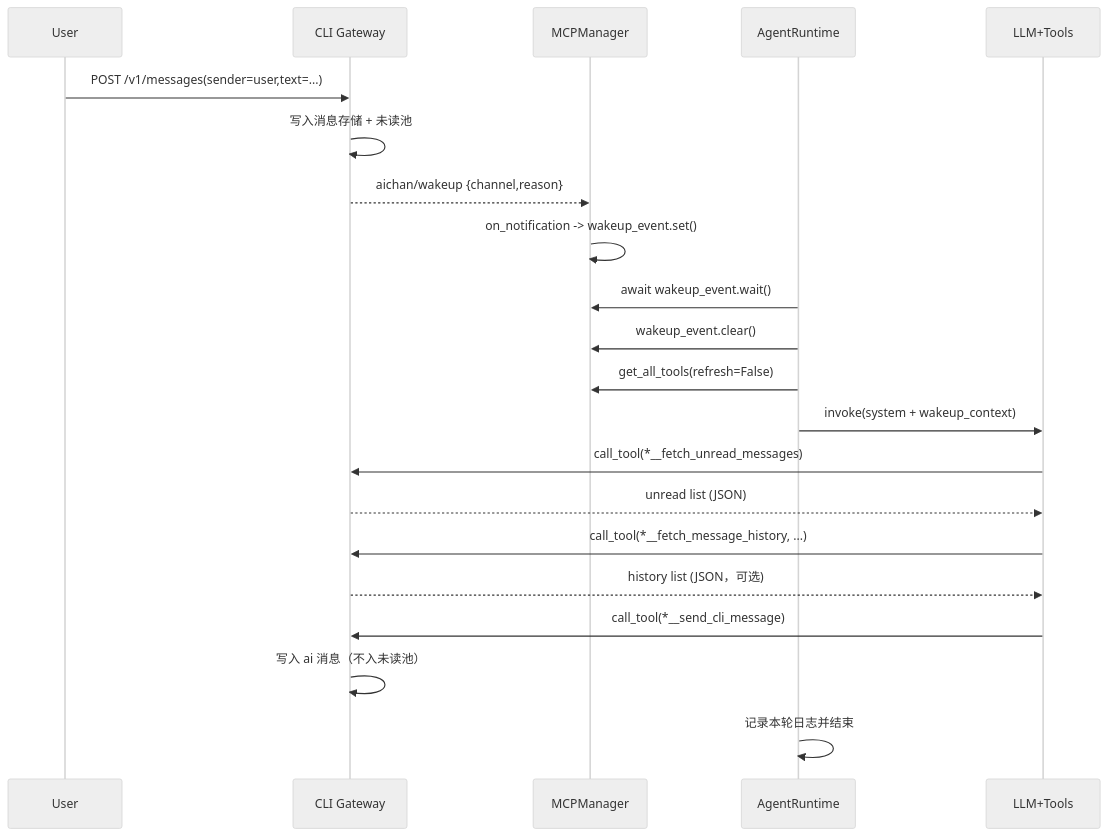
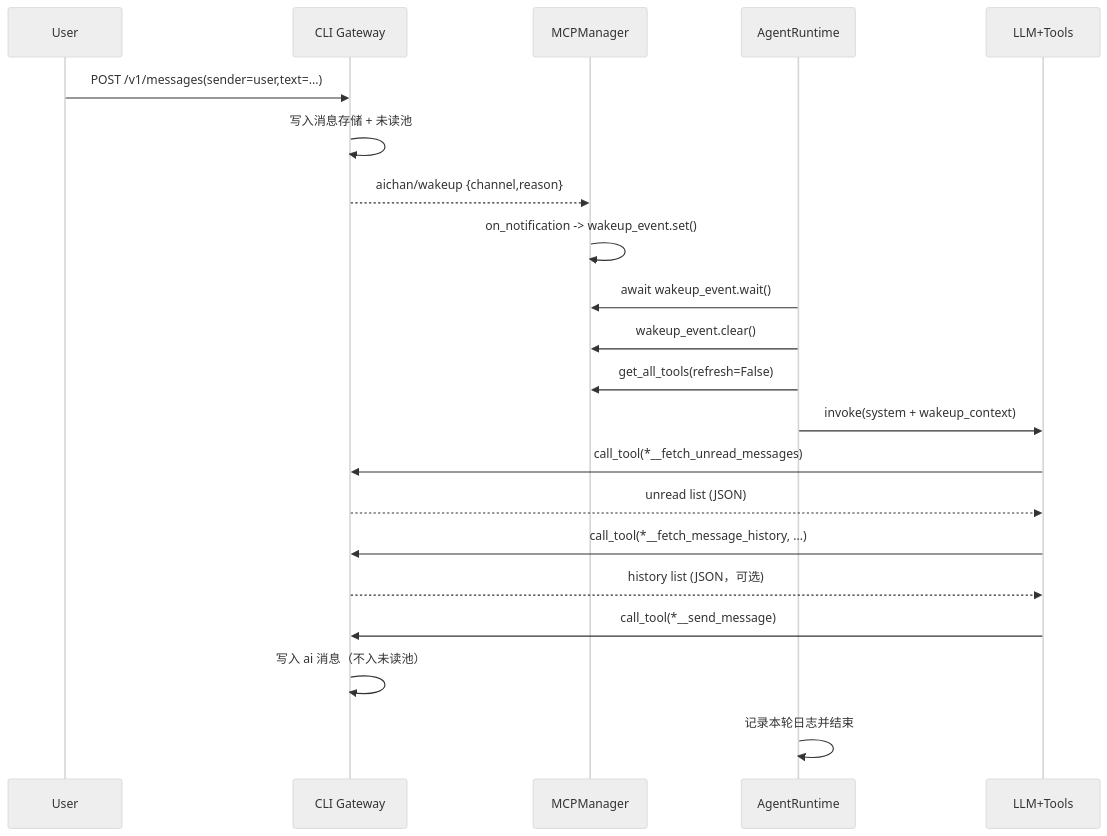
One commit to tamakara/aichan changed the diagram in docs/3.runtime-flow.md. Above: the diagram before and after it, drawn with Mermaid (neutral theme). The commit also changed other lines of this file and 9 other files, not shown here.

````diff
--- a/docs/3.runtime-flow.md
+++ b/docs/3.runtime-flow.md
@@ -16,24 +16,24 @@
 ```mermaid
 sequenceDiagram
     participant U as User
     participant GW as CLI Gateway
     participant HUB as MCPManager
     participant RT as AgentRuntime
     participant LLM as LLM+Tools
 
     U->>GW: POST /v1/messages(sender=user,text=...)
     GW->>GW: 写入消息存储 + 未读池
     GW-->>HUB: aichan/wakeup {channel,reason}
     HUB->>HUB: on_notification -> wakeup_event.set()
     RT->>HUB: await wakeup_event.wait()
     RT->>HUB: wakeup_event.clear()
     RT->>HUB: get_all_tools(refresh=False)
     RT->>LLM: invoke(system + wakeup_context)
     LLM->>GW: call_tool(*__fetch_unread_messages)
     GW-->>LLM: unread list (JSON)
     LLM->>GW: call_tool(*__fetch_message_history, ...)
     GW-->>LLM: history list (JSON，可选)
-    LLM->>GW: call_tool(*__send_cli_message)
+    LLM->>GW: call_tool(*__send_message)
     GW->>GW: 写入 ai 消息（不入未读池）
     RT->>RT: 记录本轮日志并结束
 ```
````
